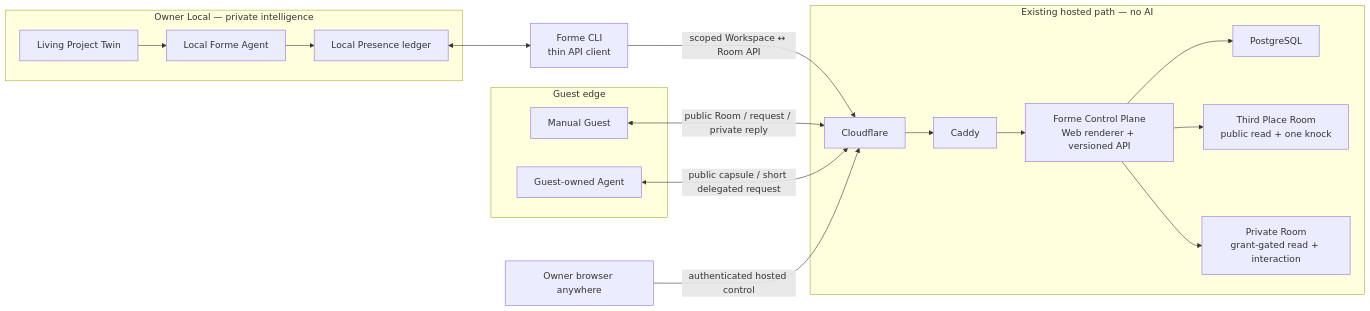
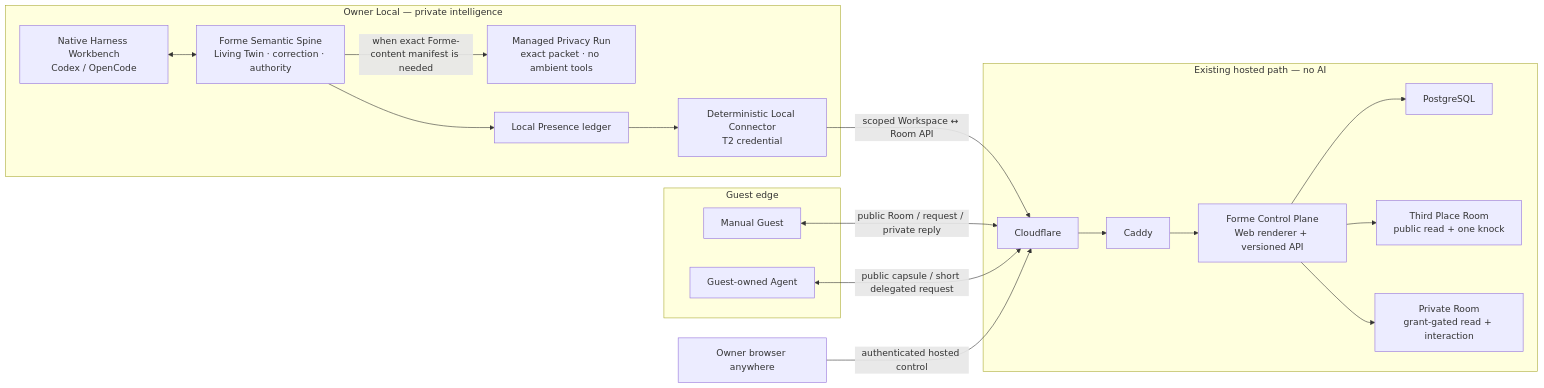
The first of 2 diagrams in docs/R4-TECHNICAL-OWNER-REVIEW.md (formehq/forme), drawn with Mermaid before and after one commit. The commit also changed other lines of this file and 17 other files, not shown here.

Commit message:
Clarify Native Harness architecture

````diff
--- a/docs/R4-TECHNICAL-OWNER-REVIEW.md
+++ b/docs/R4-TECHNICAL-OWNER-REVIEW.md
@@ -95,33 +101,35 @@
 ```mermaid
 flowchart LR
     subgraph Local["Owner Local — private intelligence"]
-        Twin["Living Project Twin"]
-        Agent["Local Forme Agent"]
+        Workbench["Native Harness Workbench<br/>Codex / OpenCode"]
+        Spine["Forme Semantic Spine<br/>Living Twin · correction · authority"]
+        Managed["Managed Privacy Run<br/>exact packet · no ambient tools"]
         Presence["Local Presence ledger"]
-        Twin --> Agent --> Presence
+        Connector["Deterministic Local Connector<br/>T2 credential"]
+        Workbench <--> Spine
+        Spine -->|"when exact Forme-content manifest is needed"| Managed
+        Spine --> Presence --> Connector
     end
 
     subgraph Hosted["Existing hosted path — no AI"]
         Edge["Cloudflare"]
         Proxy["Caddy"]
         App["Forme Control Plane<br/>Web renderer + versioned API"]
         DB["PostgreSQL"]
         PublicRoom["Third Place Room<br/>public read + one knock"]
         PrivateRoom["Private Room<br/>grant-gated read + interaction"]
         Edge --> Proxy --> App --> DB
         App --> PublicRoom
         App --> PrivateRoom
     end
 
     subgraph Guest["Guest edge"]
         Manual["Manual Guest"]
         GuestAgent["Guest-owned Agent"]
     end
 
-    CLI["Forme CLI<br/>thin API client"]
-    Presence <--> CLI
-    CLI -->|"scoped Workspace ↔ Room API"| Edge
+    Connector -->|"scoped Workspace ↔ Room API"| Edge
     Manual <-->|"public Room / request / private reply"| Edge
     GuestAgent <-->|"public capsule / short delegated request"| Edge
     OwnerWeb["Owner browser anywhere"] -->|"authenticated hosted control"| Edge
 ```
````
